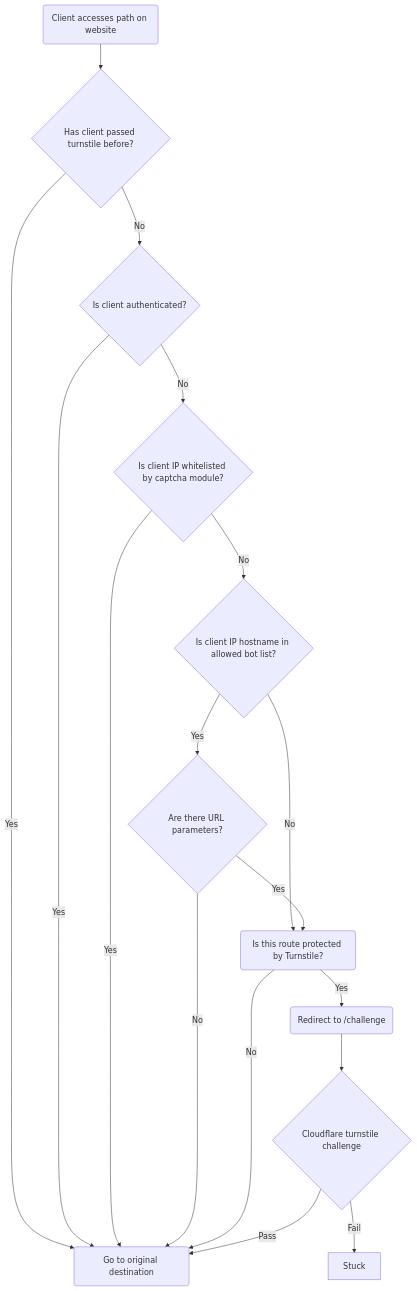
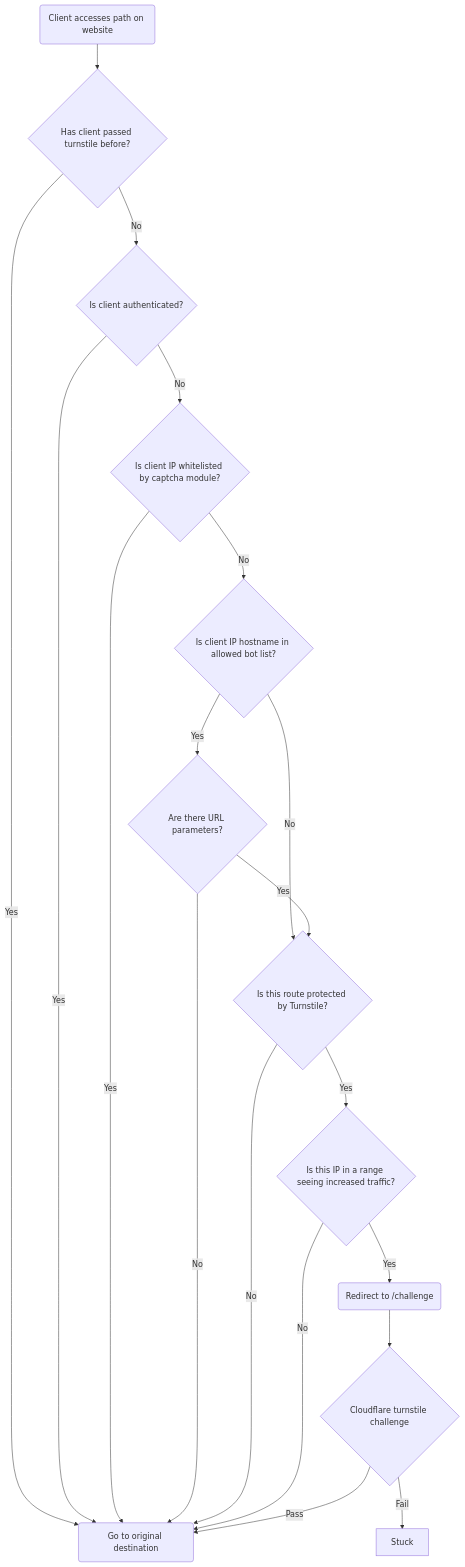
Before and after one commit to lehigh-university-libraries/blog: the diagram in posts/2024/10/23/turnstile.md, drawn with Mermaid. The commit also changed other lines of this file and 4 other files, not shown here.

Commit message:
Detail rate limiter in turnstile blog

````diff
--- a/posts/2024/10/23/turnstile.md
+++ b/posts/2024/10/23/turnstile.md
@@ -29,19 +31,21 @@
 ```mermaid
 flowchart TD
     Client(Client accesses path on website) --> Cookie{Has client passed turnstile before?}
     Cookie -- Yes --> Continue(Go to original destination)
     Cookie -- No --> Authenticated{Is client authenticated?}
     Authenticated -- Yes --> Continue(Go to original destination)
     Authenticated -- No --> IP_BYPASS{Is client IP whitelisted by captcha module?}
     IP_BYPASS -- Yes --> Continue(Go to original destination)
     IP_BYPASS -- No --> GOOD_BOT{Is client IP hostname in allowed bot list?}
-    GOOD_BOT -- No --> PROTECTED_ROUTE(Is this route protected by Turnstile?)
+    GOOD_BOT -- No --> PROTECTED_ROUTE{Is this route protected by Turnstile?}
     GOOD_BOT -- Yes --> CANONICAL_URL_BOT{Are there URL parameters?}
-    CANONICAL_URL_BOT -- Yes --> PROTECTED_ROUTE(Is this route protected by Turnstile?)
+    CANONICAL_URL_BOT -- Yes --> PROTECTED_ROUTE{Is this route protected by Turnstile?}
     CANONICAL_URL_BOT -- No --> Continue(Go to original destination)
-    PROTECTED_ROUTE -- Yes --> REDIRECT(Redirect to /challenge)
+    PROTECTED_ROUTE -- Yes --> RATE_LIMIT{Is this IP in a range seeing increased traffic?}
     PROTECTED_ROUTE -- No --> Continue(Go to original destination)
+    RATE_LIMIT -- Yes --> REDIRECT(Redirect to /challenge)
+    RATE_LIMIT -- No --> Continue(Go to original destination)
     REDIRECT --> CHALLENGE{Cloudflare turnstile challenge}
     CHALLENGE -- Pass --> Continue(Go to original destination)
     CHALLENGE -- Fail --> Stuck
 ```
````
